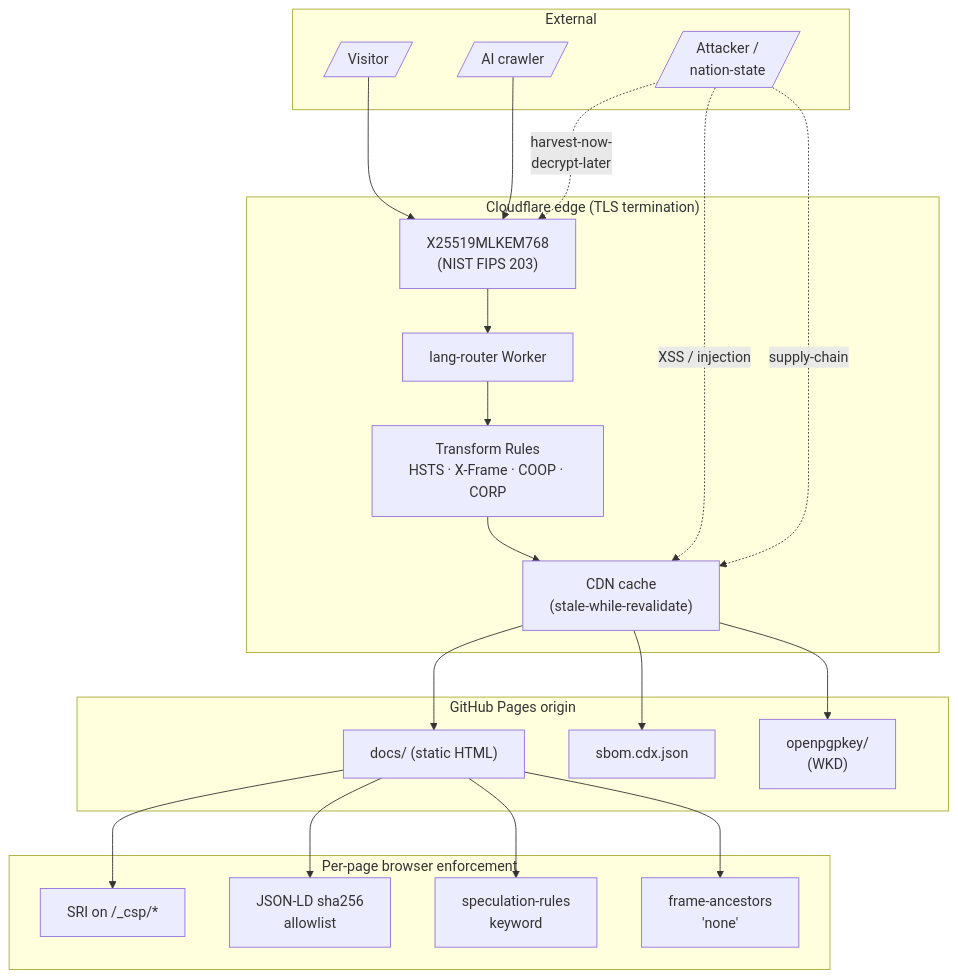
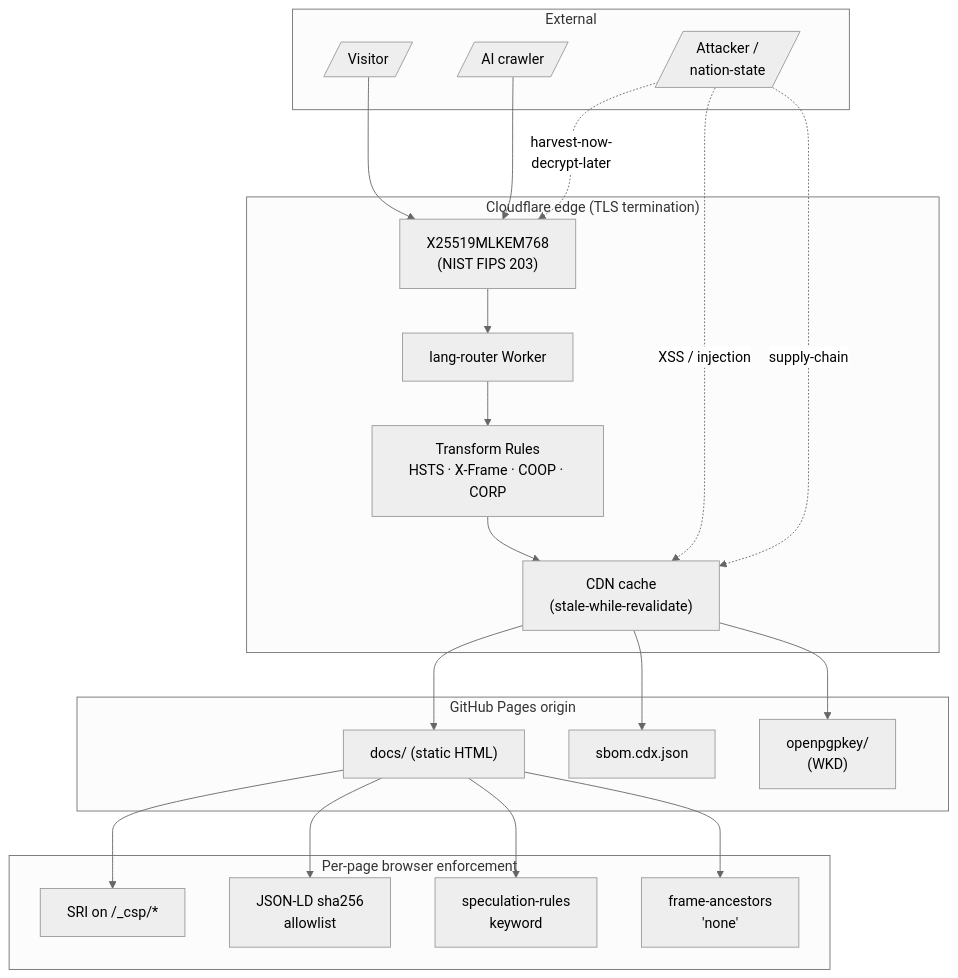
One commit to sebastienrousseau/sebastienrousseau.github.io changed the diagram in doc/SECURITY.md. Above: the diagram before and after it, drawn with Mermaid. The commit also changed other lines of this file and 6 other files, not shown here.

First line of the commit message:
docs: clean Mermaid diagrams — neutral theme, no emoji, restructured long flows

````diff
--- a/doc/SECURITY.md
+++ b/doc/SECURITY.md
@@ -23,44 +23,45 @@
 ```mermaid
+%%{init: {'theme':'neutral'} }%%
 graph TB
-    subgraph EXT["External"]
-        V[/"Visitor"/]
-        AI[/"AI crawler"/]
-        ATK[/"Attacker /<br/>nation-state"/]
-    end
+ subgraph EXT["External"]
+ V[/"Visitor"/]
+ AI[/"AI crawler"/]
+ ATK[/"Attacker /<br/>nation-state"/]
+ end
 
-    subgraph EDGE["Cloudflare edge (TLS termination)"]
-        PQ["X25519MLKEM768<br/>(NIST FIPS 203)"]
-        CFW["lang-router Worker"]
-        TR["Transform Rules<br/>HSTS · X-Frame · COOP · CORP"]
-        CDN["CDN cache<br/>(stale-while-revalidate)"]
-    end
+ subgraph EDGE["Cloudflare edge (TLS termination)"]
+ PQ["X25519MLKEM768<br/>(NIST FIPS 203)"]
+ CFW["lang-router Worker"]
+ TR["Transform Rules<br/>HSTS · X-Frame · COOP · CORP"]
+ CDN["CDN cache<br/>(stale-while-revalidate)"]
+ end
 
-    subgraph ORIG["GitHub Pages origin"]
-        H["docs/ (static HTML)"]
-        SBOM["sbom.cdx.json"]
-        WKD["openpgpkey/<br/>(WKD)"]
-    end
+ subgraph ORIG["GitHub Pages origin"]
+ H["docs/ (static HTML)"]
+ SBOM["sbom.cdx.json"]
+ WKD["openpgpkey/<br/>(WKD)"]
+ end
 
-    subgraph CSP["Per-page browser enforcement"]
-        SRI["SRI on /_csp/*"]
-        JLD["JSON-LD sha256<br/>allowlist"]
-        SR["speculation-rules<br/>keyword"]
-        FA["frame-ancestors<br/>'none'"]
-    end
+ subgraph CSP["Per-page browser enforcement"]
+ SRI["SRI on /_csp/*"]
+ JLD["JSON-LD sha256<br/>allowlist"]
+ SR["speculation-rules<br/>keyword"]
+ FA["frame-ancestors<br/>'none'"]
+ end
 
-    V --> PQ
-    AI --> PQ
-    ATK -.->|harvest-now-<br/>decrypt-later| PQ
-    ATK -.->|XSS / injection| CDN
-    ATK -.->|supply-chain| CDN
-    PQ --> CFW
-    CFW --> TR
-    TR --> CDN
-    CDN --> H
-    CDN --> SBOM
-    CDN --> WKD
-    H --> SRI
-    H --> JLD
-    H --> SR
-    H --> FA
+ V --> PQ
+ AI --> PQ
+ ATK -.->|harvest-now-<br/>decrypt-later| PQ
+ ATK -.->|XSS / injection| CDN
+ ATK -.->|supply-chain| CDN
+ PQ --> CFW
+ CFW --> TR
+ TR --> CDN
+ CDN --> H
+ CDN --> SBOM
+ CDN --> WKD
+ H --> SRI
+ H --> JLD
+ H --> SR
+ H --> FA
 ```
````
